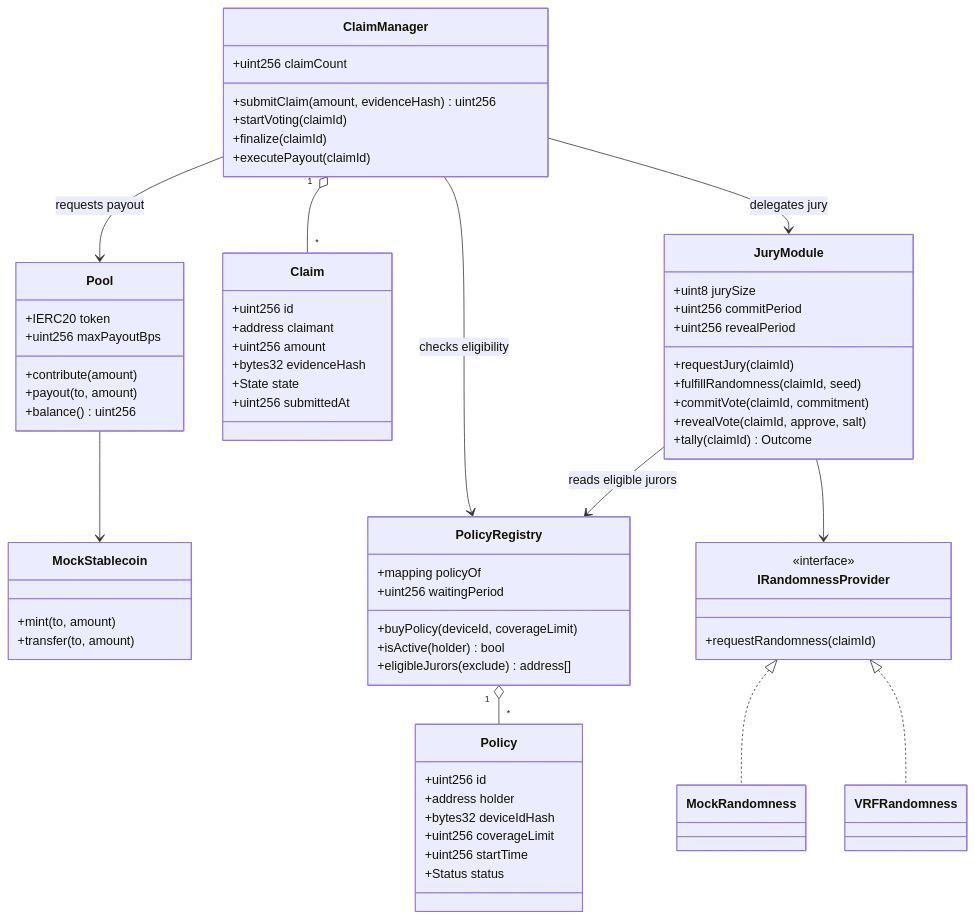
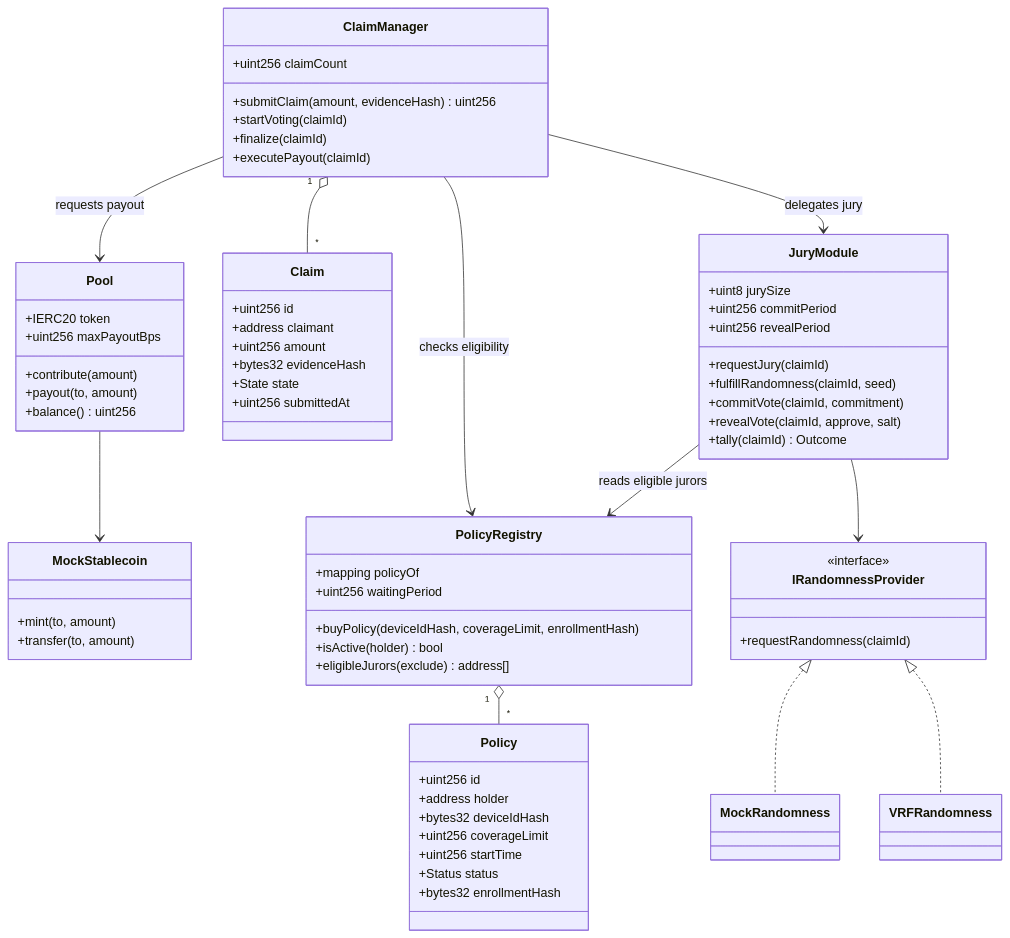
One commit to StephanieNgu/trust-pool changed the second of 5 diagrams in docs/design-doc.md. Above: the diagram before and after it, drawn with Mermaid. The commit also changed other lines of this file and 34 other files, not shown here.

````diff
--- a/docs/design-doc.md
+++ b/docs/design-doc.md
@@ -68,79 +68,80 @@
 ```mermaid
 classDiagram
     class MockStablecoin {
         +mint(to, amount)
         +transfer(to, amount)
     }
 
     class PolicyRegistry {
         +mapping policyOf
         +uint256 waitingPeriod
-        +buyPolicy(deviceId, coverageLimit)
+        +buyPolicy(deviceIdHash, coverageLimit, enrollmentHash)
         +isActive(holder) bool
         +eligibleJurors(exclude) address[]
     }
 
     class Policy {
         +uint256 id
         +address holder
         +bytes32 deviceIdHash
         +uint256 coverageLimit
         +uint256 startTime
         +Status status
+        +bytes32 enrollmentHash
     }
 
     class Pool {
         +IERC20 token
         +uint256 maxPayoutBps
         +contribute(amount)
         +payout(to, amount)
         +balance() uint256
     }
 
     class ClaimManager {
         +uint256 claimCount
         +submitClaim(amount, evidenceHash) uint256
         +startVoting(claimId)
         +finalize(claimId)
         +executePayout(claimId)
     }
 
     class Claim {
         +uint256 id
         +address claimant
         +uint256 amount
         +bytes32 evidenceHash
         +State state
         +uint256 submittedAt
     }
 
     class JuryModule {
         +uint8 jurySize
         +uint256 commitPeriod
         +uint256 revealPeriod
         +requestJury(claimId)
         +fulfillRandomness(claimId, seed)
         +commitVote(claimId, commitment)
         +revealVote(claimId, approve, salt)
         +tally(claimId) Outcome
     }
 
     class IRandomnessProvider {
         <<interface>>
         +requestRandomness(claimId)
     }
 
     class MockRandomness
     class VRFRandomness
 
     PolicyRegistry "1" o-- "*" Policy
     ClaimManager "1" o-- "*" Claim
     ClaimManager --> PolicyRegistry : checks eligibility
     ClaimManager --> JuryModule : delegates jury
     ClaimManager --> Pool : requests payout
     JuryModule --> PolicyRegistry : reads eligible jurors
     JuryModule --> IRandomnessProvider
     IRandomnessProvider <|.. MockRandomness
     IRandomnessProvider <|.. VRFRandomness
     Pool --> MockStablecoin
 ```
````
